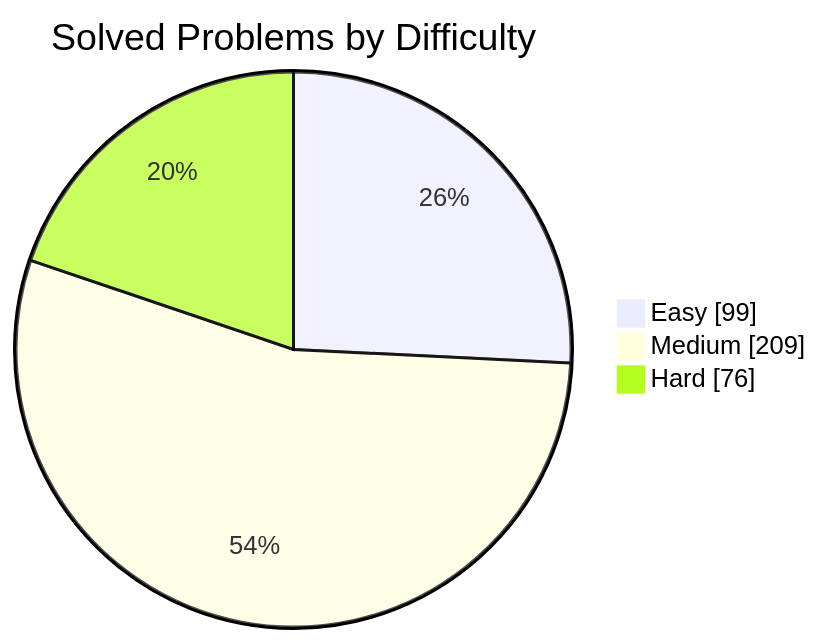
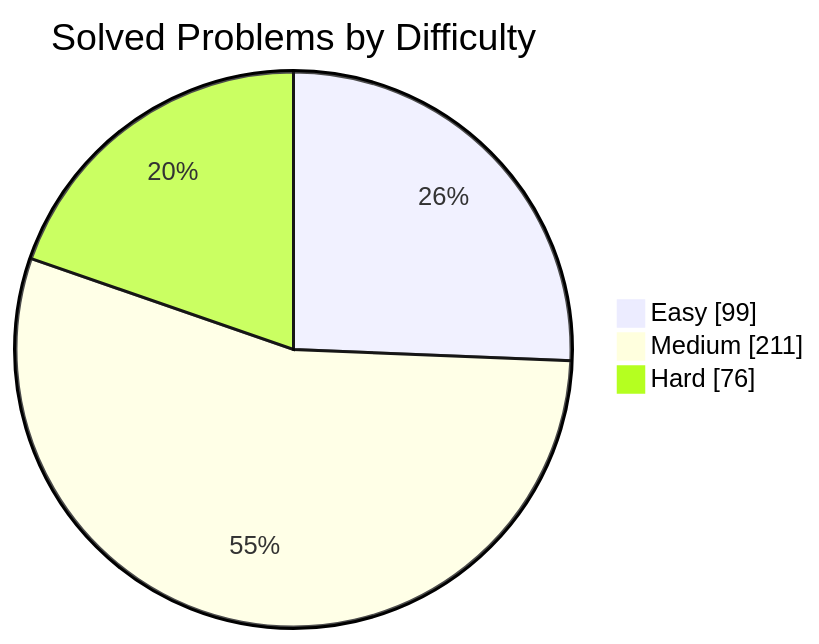
One commit to manikantbindass/DSA-Preparation-FAANG changed the first of 2 diagrams in README.md. Above: the diagram before and after it, drawn with Mermaid. The commit also changed other lines of this file and 1 other file, not shown here.

````diff
--- a/README.md
+++ b/README.md
@@ -77,7 +77,7 @@
 ```mermaid
 pie showData
     title Solved Problems by Difficulty
     "Easy" : 99
-    "Medium" : 209
+    "Medium" : 211
     "Hard" : 76
 ```
````
